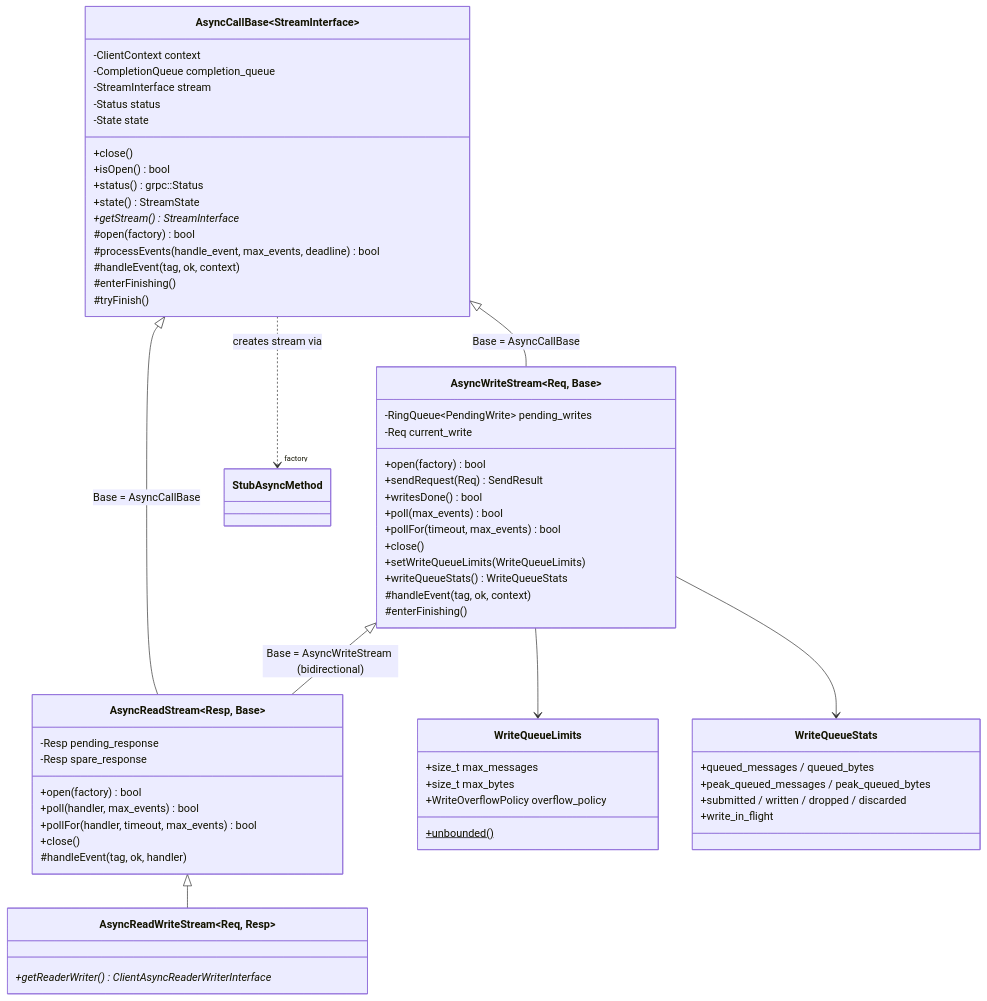
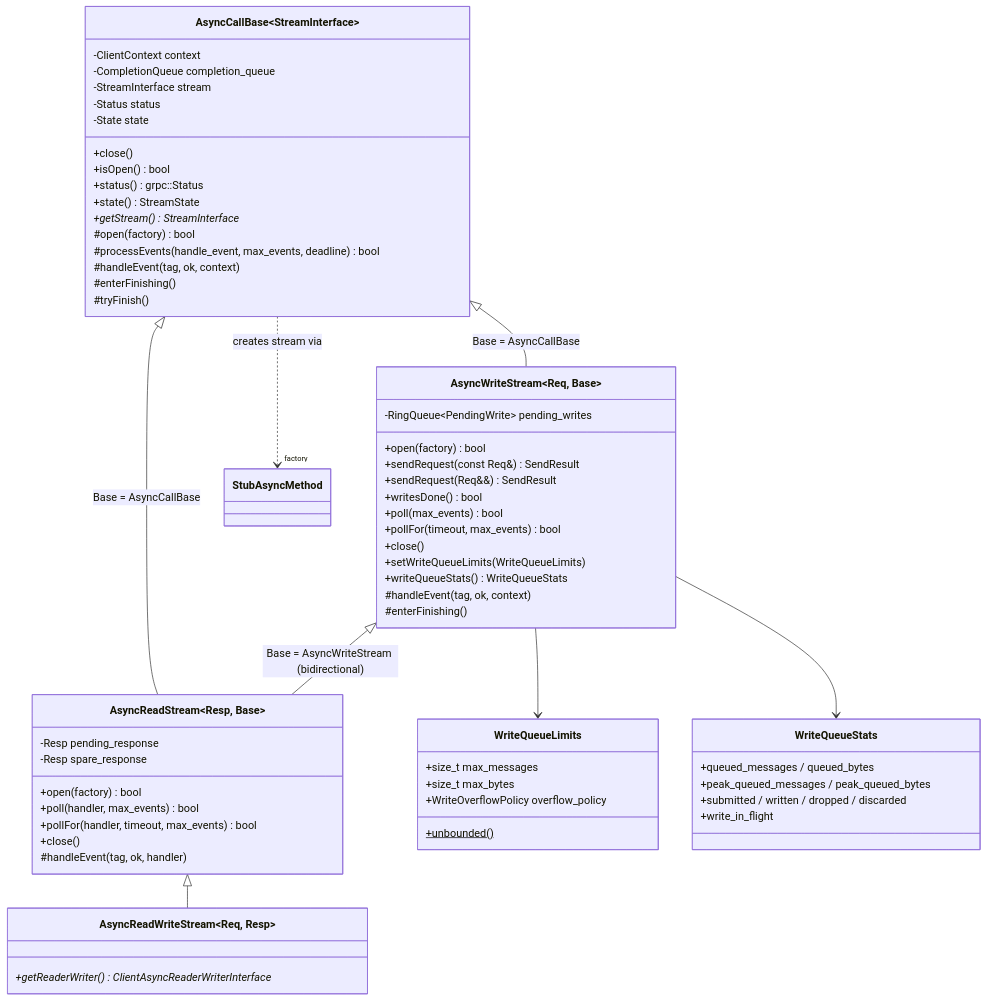
Before and after one commit to egorodet/GrpcAsyncStream: the first of 3 diagrams in README.md, drawn with Mermaid. The commit also changed other lines of this file and 3 other files, not shown here.

First line of the commit message:
Remove request copies and moves from the write path

````diff
--- a/README.md
+++ b/README.md
@@ -131,65 +131,65 @@
 ```mermaid
 classDiagram
     class AsyncCallBase~StreamInterface~ {
         +close()
         +isOpen() bool
         +status() grpc::Status
         +state() StreamState
         +getStream() StreamInterface*
         #open(factory) bool
         #processEvents(handle_event, max_events, deadline) bool
         #handleEvent(tag, ok, context)
         #enterFinishing()
         #tryFinish()
         -ClientContext context
         -CompletionQueue completion_queue
         -StreamInterface stream
         -Status status
         -State state
     }
     class AsyncWriteStream~Req, Base~ {
         +open(factory) bool
-        +sendRequest(Req) SendResult
+        +sendRequest(const Req&) SendResult
+        +sendRequest(Req&&) SendResult
         +writesDone() bool
         +poll(max_events) bool
         +pollFor(timeout, max_events) bool
         +close()
         +setWriteQueueLimits(WriteQueueLimits)
         +writeQueueStats() WriteQueueStats
         #handleEvent(tag, ok, context)
         #enterFinishing()
         -RingQueue~PendingWrite~ pending_writes
-        -Req current_write
     }
     class AsyncReadStream~Resp, Base~ {
         +open(factory) bool
         +poll(handler, max_events) bool
         +pollFor(handler, timeout, max_events) bool
         +close()
         #handleEvent(tag, ok, handler)
         -Resp pending_response
         -Resp spare_response
     }
     class AsyncReadWriteStream~Req, Resp~ {
         +getReaderWriter() ClientAsyncReaderWriterInterface*
     }
     AsyncCallBase <|-- AsyncWriteStream : Base = AsyncCallBase
     AsyncCallBase <|-- AsyncReadStream : Base = AsyncCallBase
     AsyncWriteStream <|-- AsyncReadStream : Base = AsyncWriteStream (bidirectional)
     AsyncReadStream <|-- AsyncReadWriteStream
     class WriteQueueLimits {
         +size_t max_messages
         +size_t max_bytes
         +WriteOverflowPolicy overflow_policy
         +unbounded()$
     }
     class WriteQueueStats {
         +queued_messages / queued_bytes
         +peak_queued_messages / peak_queued_bytes
         +submitted / written / dropped / discarded
         +write_in_flight
     }
     AsyncWriteStream --> WriteQueueLimits
     AsyncWriteStream --> WriteQueueStats
     AsyncCallBase ..> "factory" StubAsyncMethod : creates stream via
 ```
````
